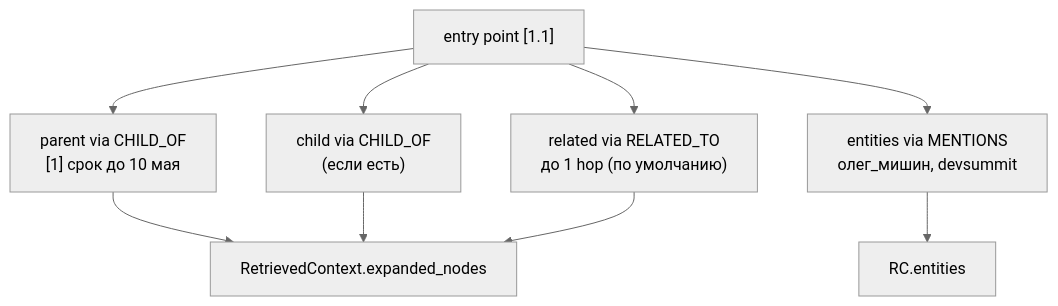
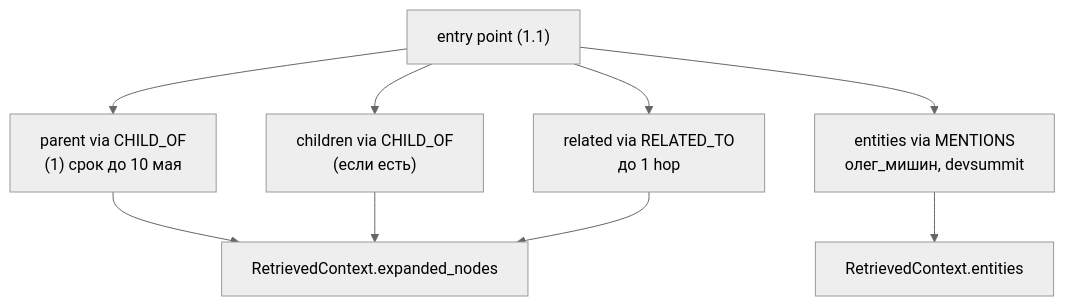
The ninth of 12 diagrams in README.md (nastyakon14/Executive_Exocortex), drawn with Mermaid (neutral theme) before and after one commit. The commit also changed other lines of this file and 3 other files, not shown here.

````diff
--- a/README.md
+++ b/README.md
@@ -746,13 +758,13 @@
 ```mermaid
 flowchart TD
-    EP["entry point [1.1]"]
-    EP --> P["parent via CHILD_OF\n[1] срок до 10 мая"]
-    EP --> C1["child via CHILD_OF\n(если есть)"]
-    EP --> R["related via RELATED_TO\nдо 1 hop (по умолчанию)"]
+    EP["entry point (1.1)"]
+    EP --> P["parent via CHILD_OF\n(1) срок до 10 мая"]
+    EP --> C1["children via CHILD_OF\n(если есть)"]
+    EP --> R["related via RELATED_TO\nдо 1 hop"]
     EP --> E["entities via MENTIONS\nолег_мишин, devsummit"]
 
-    P --> RC[RetrievedContext.expanded_nodes]
+    P --> RC["RetrievedContext.expanded_nodes"]
     C1 --> RC
     R --> RC
-    E --> RC.entities
+    E --> ENT["RetrievedContext.entities"]
 ```
````
